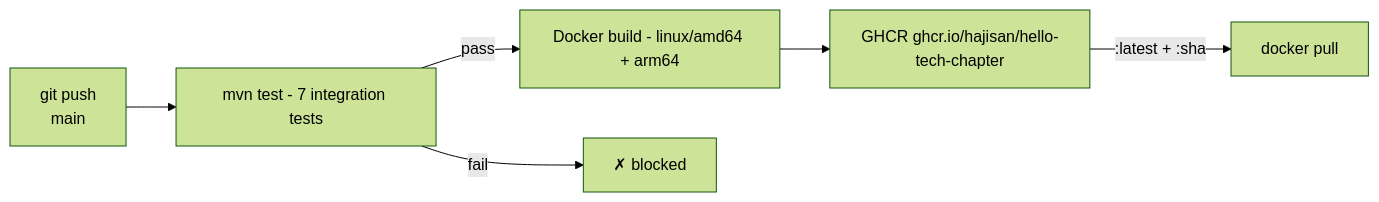
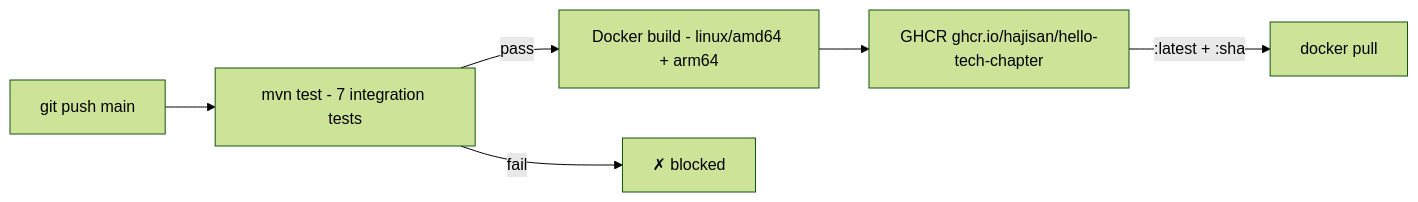
Before and after one commit to hajisan/hello-tech-chapter: the diagram in README.md, drawn with Mermaid (forest theme).

Commit message:
Fix formatting in CI/CD Pipeline diagram

````diff
--- a/README.md
+++ b/README.md
@@ -33,8 +33,8 @@
 ```mermaid
 flowchart LR
-    Push["git push\nmain"] --> Test["mvn test - 7 integration tests"]
+    Push["git push main"] --> Test["mvn test - 7 integration tests"]
     Test -->|pass| Build["Docker build - linux/amd64 + arm64"]
     Test -->|fail| Stop["✗ blocked"]
     Build --> GHCR["GHCR ghcr.io/hajisan/hello-tech-chapter"]
     GHCR -->|:latest + :sha| Pull["docker pull"]
 ```
````
